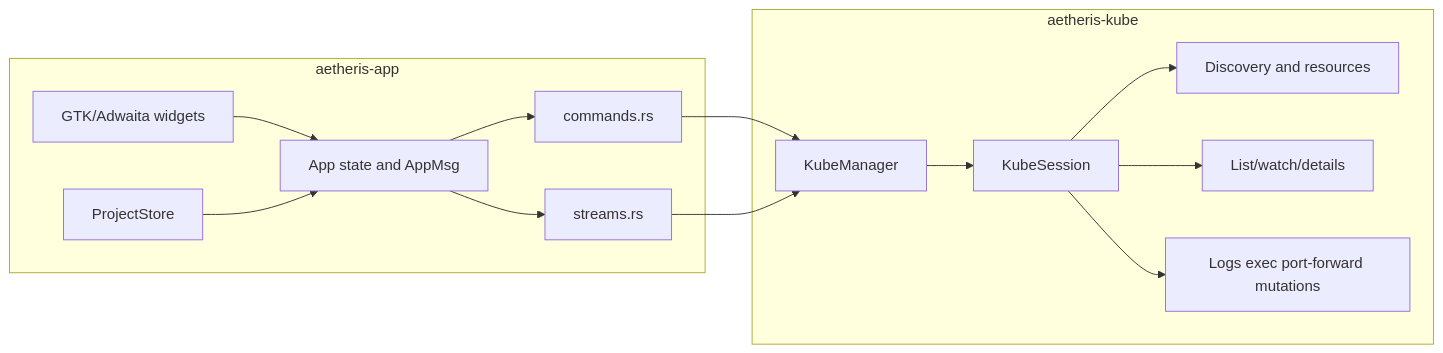
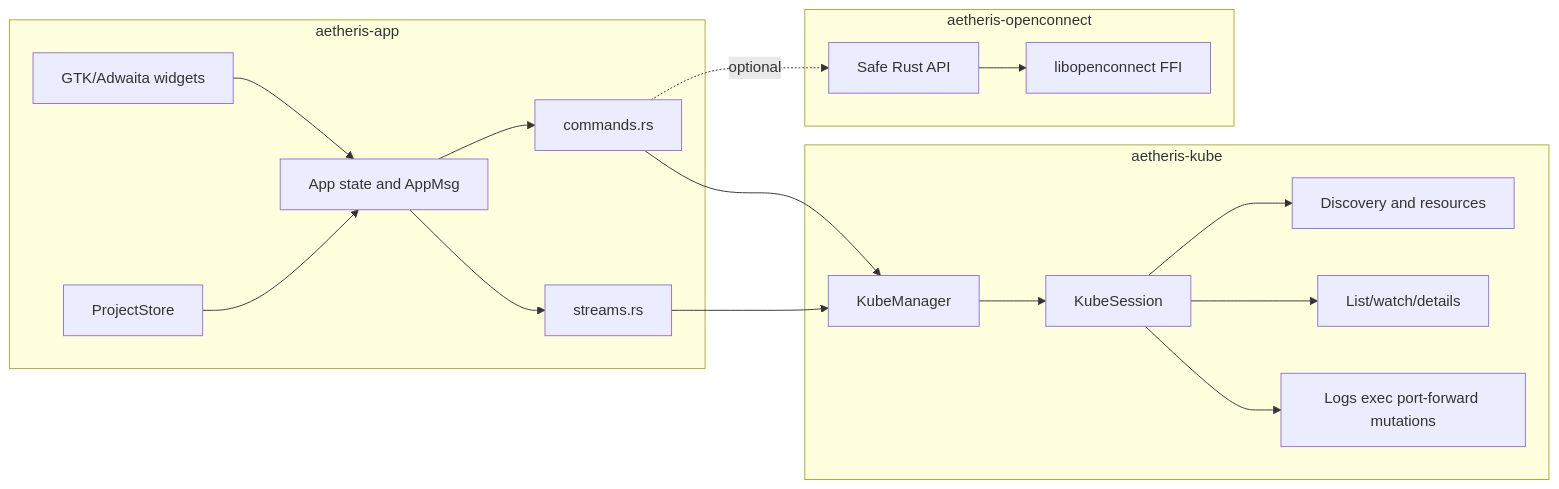
One commit to luminusOS/aetheris changed the second of 8 diagrams in ARCHITECTURE.md. Above: the diagram before and after it, drawn with Mermaid. The commit also changed other lines of this file and 11 other files, not shown here.

First line of the commit message:
feat(openconnect): add optional integration crate

````diff
--- a/ARCHITECTURE.md
+++ b/ARCHITECTURE.md
@@ -25,29 +26,36 @@
 ```mermaid
 flowchart LR
   subgraph App["aetheris-app"]
     State[App state and AppMsg]
     Widgets[GTK/Adwaita widgets]
     Commands[commands.rs]
     Streams[streams.rs]
     Projects[ProjectStore]
   end
 
   subgraph Kube["aetheris-kube"]
     Manager[KubeManager]
     Session[KubeSession]
     Resources[Discovery and resources]
     Objects[List/watch/details]
     Ops[Logs exec port-forward mutations]
   end
 
+  subgraph OpenConnect["aetheris-openconnect"]
+    SafeApi[Safe Rust API]
+    Ffi[libopenconnect FFI]
+  end
+
   Widgets --> State
   State --> Commands
   State --> Streams
   Commands --> Manager
+  Commands -. optional .-> SafeApi
+  SafeApi --> Ffi
   Streams --> Manager
   Manager --> Session
   Session --> Resources
   Session --> Objects
   Session --> Ops
   Projects --> State
 ```
````
